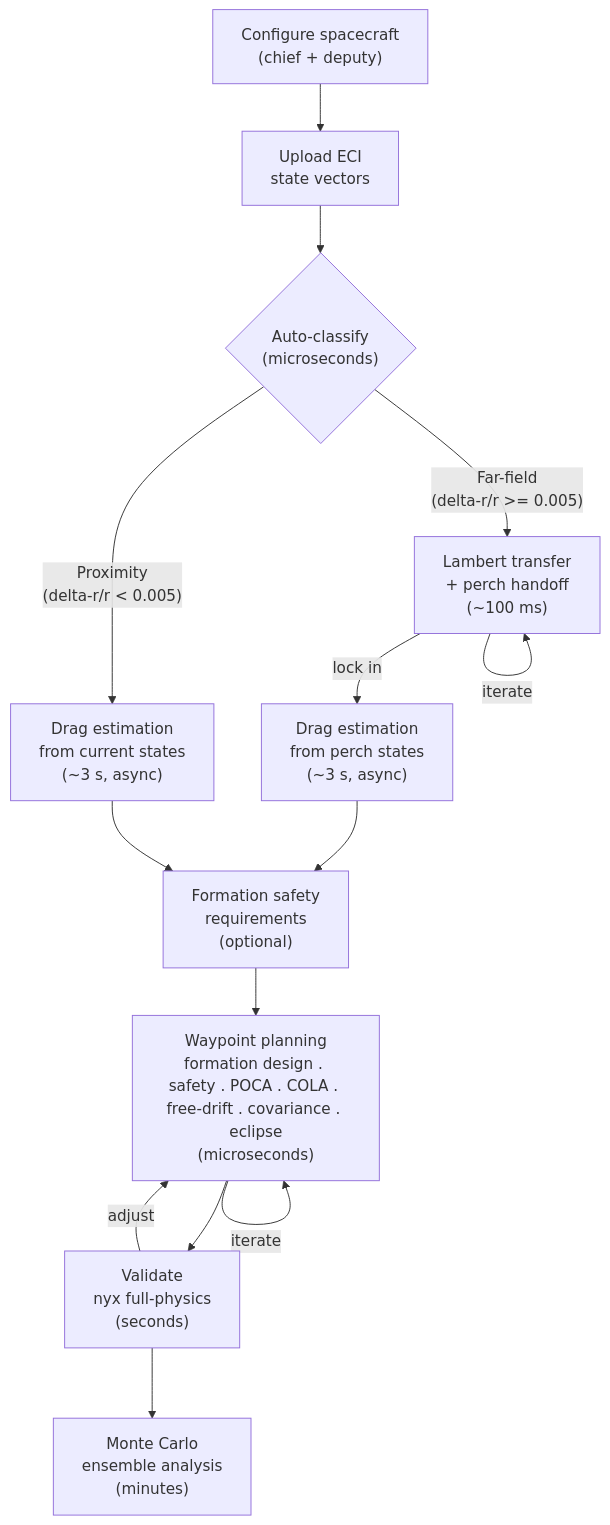
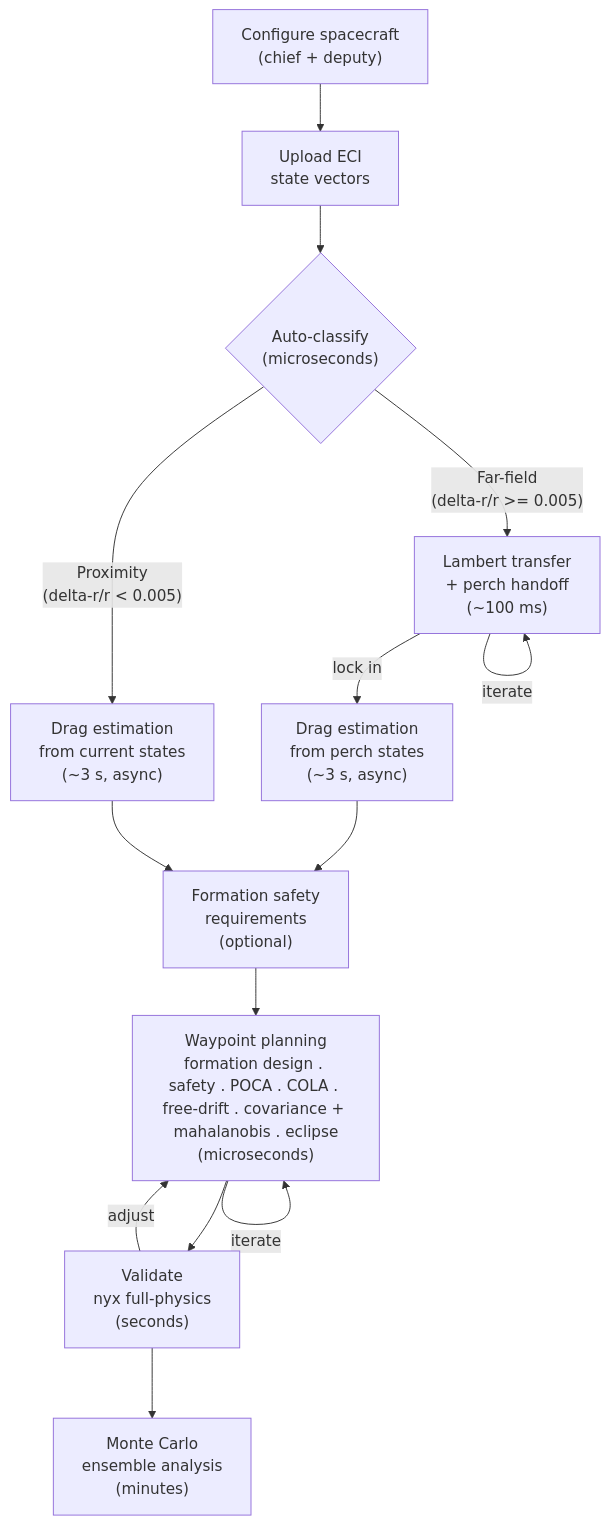
Before and after one commit to sakobu/rpo-toolkit: the diagram in README.md, drawn with Mermaid. The commit also changed other lines of this file and 1 other file, not shown here.

Commit message:
docs: enhance README and add formation design documentation

````diff
--- a/README.md
+++ b/README.md
@@ -51,16 +62,16 @@
 ```mermaid
 flowchart TD
     A["Configure spacecraft\n(chief + deputy)"] --> B["Upload ECI\nstate vectors"]
     B --> C{"Auto-classify\n(microseconds)"}
     C -- "Far-field\n(delta-r/r >= 0.005)" --> D["Lambert transfer\n+ perch handoff\n(~100 ms)"]
     C -- "Proximity\n(delta-r/r < 0.005)" --> E2["Drag estimation\nfrom current states\n(~3 s, async)"]
     D -- "iterate" --> D
     D -- "lock in" --> E1["Drag estimation\nfrom perch states\n(~3 s, async)"]
     E1 --> S["Formation safety\nrequirements\n(optional)"]
     E2 --> S
-    S --> F["Waypoint planning\nformation design . safety . POCA . COLA . free-drift . covariance . eclipse\n(microseconds)"]
+    S --> F["Waypoint planning\nformation design . safety . POCA . COLA . free-drift . covariance + mahalanobis . eclipse\n(microseconds)"]
     F -- "iterate" --> F
     F --> G["Validate\nnyx full-physics\n(seconds)"]
     G -- "adjust" --> F
     G --> H["Monte Carlo\nensemble analysis\n(minutes)"]
 ```
````
